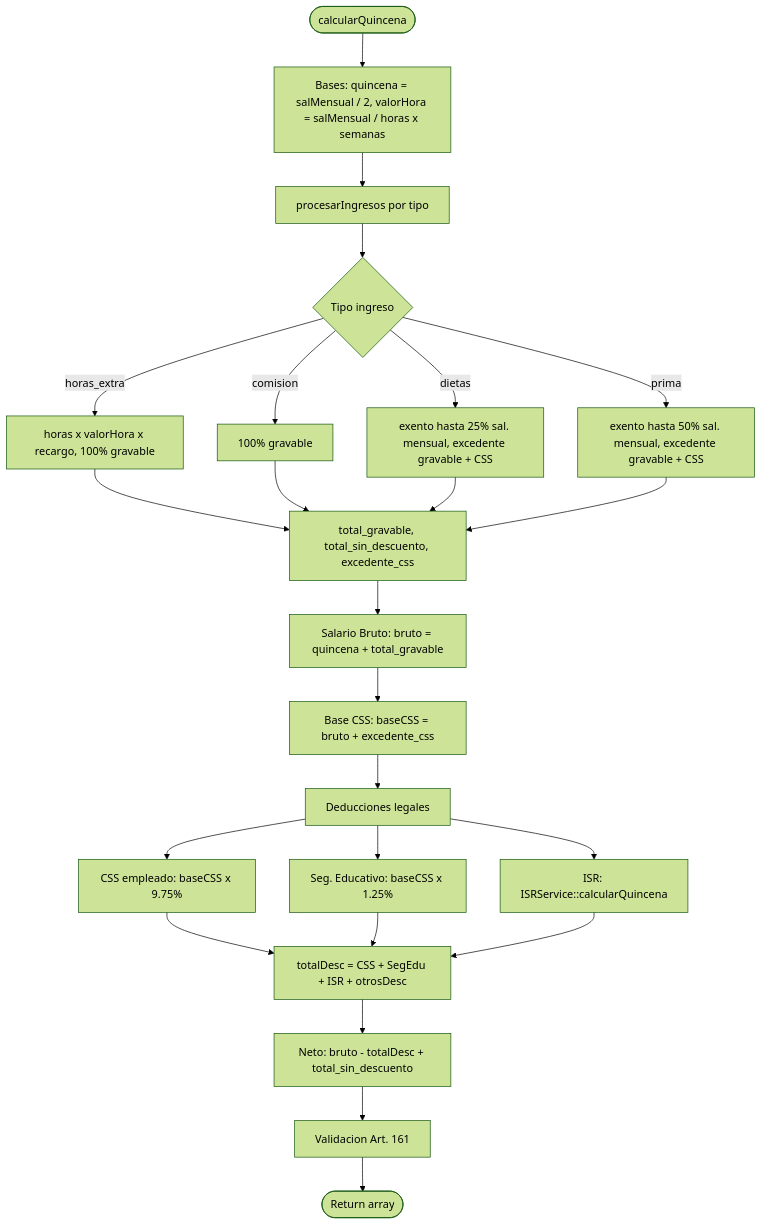
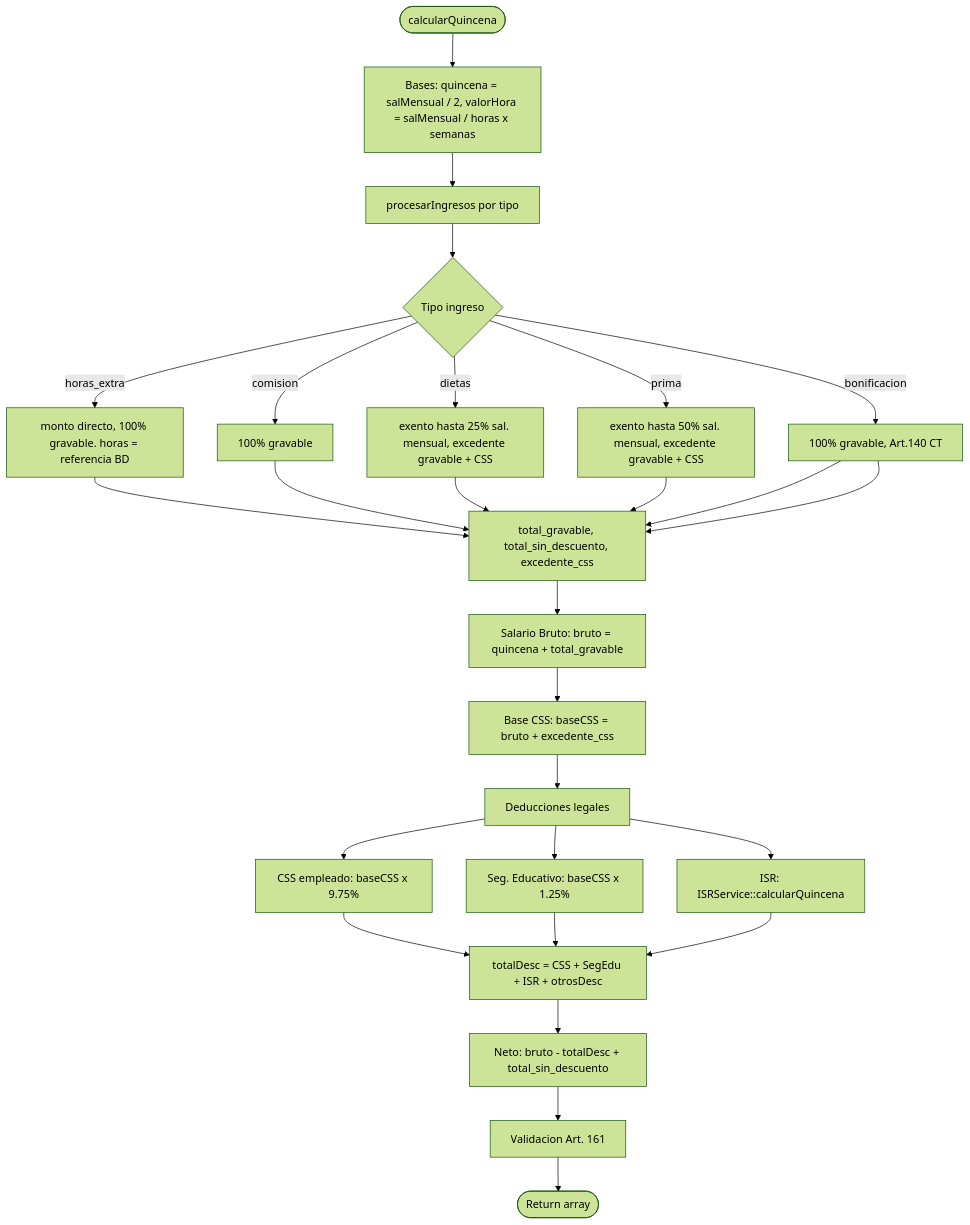
Before and after one commit to 1997-bit/proyecto-contabilidad: the second of 2 diagrams in docs/services/PlanillaServices.md, drawn with Mermaid (forest theme). The commit also changed other lines of this file and 4 other files, not shown here.

````diff
--- a/docs/services/PlanillaServices.md
+++ b/docs/services/PlanillaServices.md
@@ -56,26 +56,27 @@
 ```mermaid
 flowchart TD
     A([calcularQuincena]) --> B["Bases: quincena = salMensual / 2, valorHora = salMensual / horas x semanas"]
     B --> C["procesarIngresos por tipo"]
 
     C --> C1{Tipo ingreso}
-    C1 -->|horas_extra| C2["horas x valorHora x recargo, 100% gravable"]
+    C1 -->|horas_extra| C2["monto directo, 100% gravable. horas = referencia BD"]
     C1 -->|comision| C3["100% gravable"]
     C1 -->|dietas| C4["exento hasta 25% sal. mensual, excedente gravable + CSS"]
     C1 -->|prima| C5["exento hasta 50% sal. mensual, excedente gravable + CSS"]
-
-    C2 & C3 & C4 & C5 --> D["total_gravable, total_sin_descuento, excedente_css"]
+    C1 -->|bonificacion| C6["100% gravable, Art.140 CT"]
+    C6 --> D
+    C2 & C3 & C4 & C5 & C6 --> D["total_gravable, total_sin_descuento, excedente_css"]
 
     D --> E["Salario Bruto: bruto = quincena + total_gravable"]
     E --> F["Base CSS: baseCSS = bruto + excedente_css"]
 
     F --> G["Deducciones legales"]
     G --> G1["CSS empleado: baseCSS x 9.75%"]
     G --> G2["Seg. Educativo: baseCSS x 1.25%"]
     G --> G3["ISR: ISRService::calcularQuincena"]
 
     G1 & G2 & G3 --> H["totalDesc = CSS + SegEdu + ISR + otrosDesc"]
     H --> I["Neto: bruto - totalDesc + total_sin_descuento"]
     I --> J["Validacion Art. 161"]
     J --> K([Return array])
 ```
````
